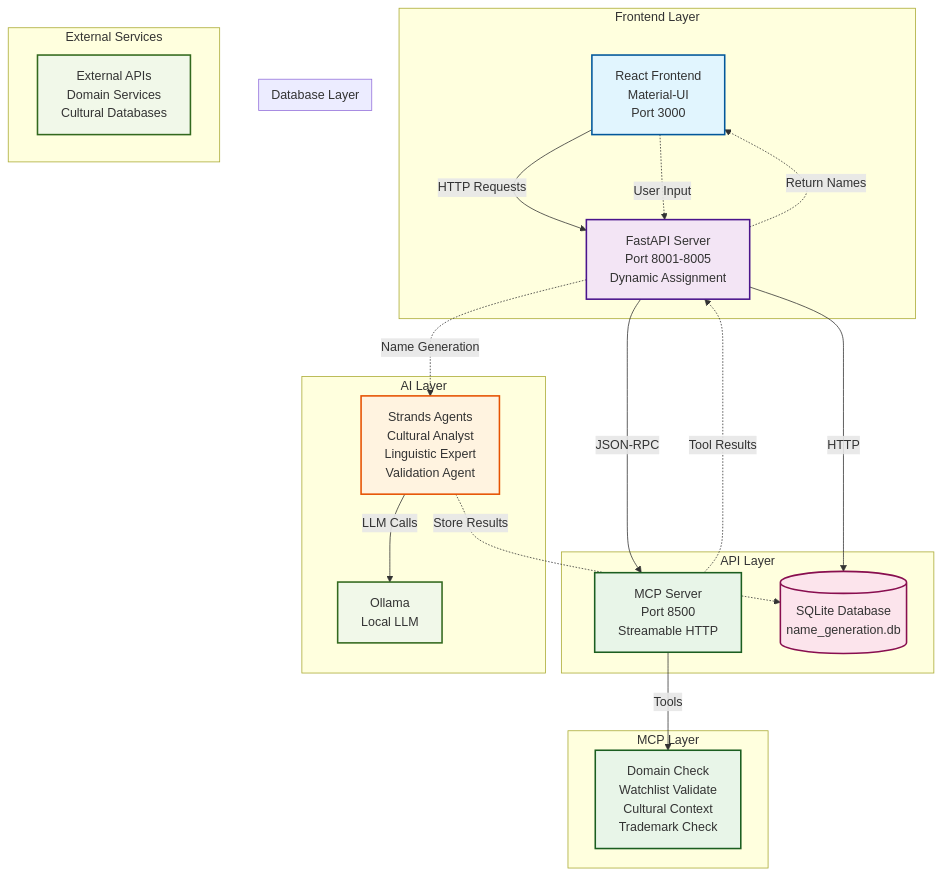
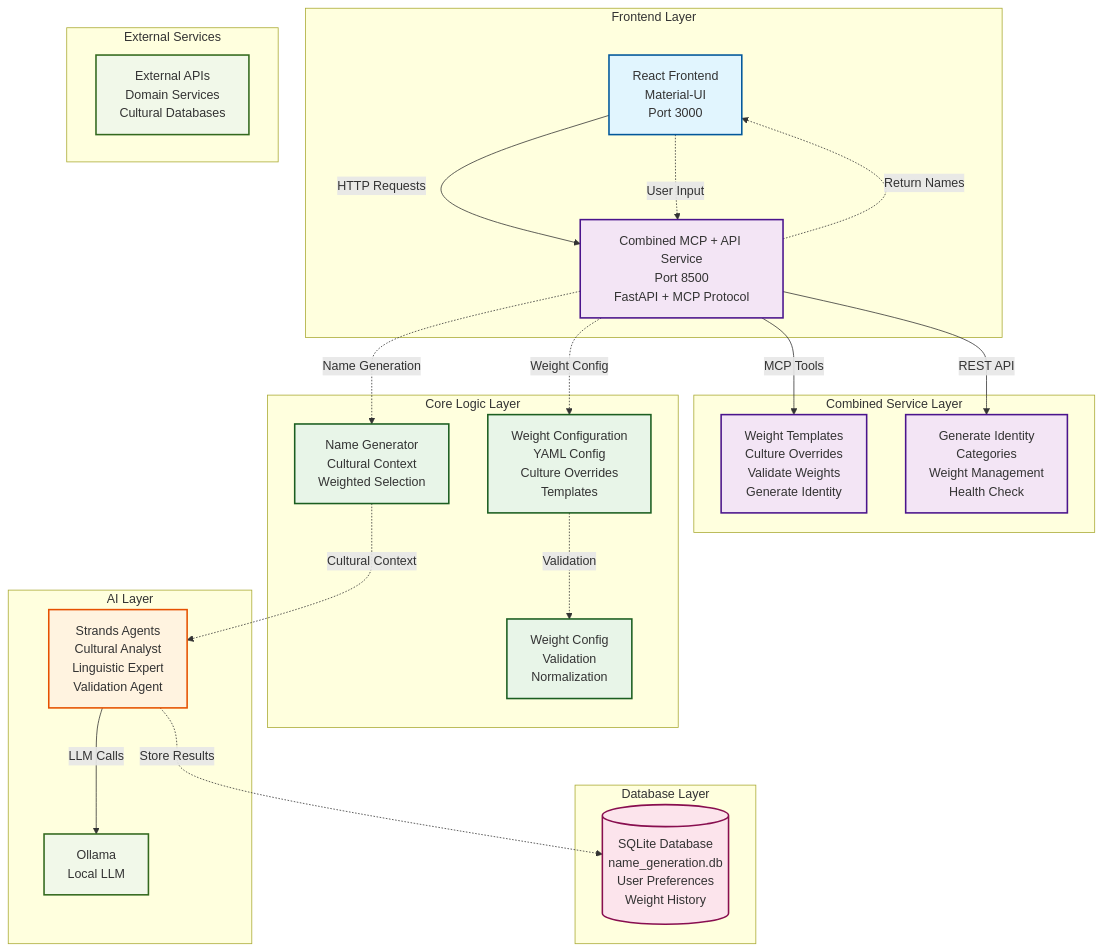
One commit to goagiq/NAME changed the first of 2 diagrams in README.md. Above: the diagram before and after it, drawn with Mermaid. The commit also changed other lines of this file and 83 other files, not shown here.

````diff
--- a/README.md
+++ b/README.md
@@ -7,60 +7,63 @@
 ```mermaid
 graph TB
     %% Frontend Layer
     subgraph "Frontend Layer"
         UI[React Frontend<br/>Material-UI<br/>Port 3000]
-        UI -->|HTTP Requests| API
+        UI -->|HTTP Requests| COMBINED
     end
     
-    %% API Layer
-    subgraph "API Layer"
-        API[FastAPI Server<br/>Port 8001-8005<br/>Dynamic Assignment]
-        API -->|JSON-RPC| MCP
-        API -->|HTTP| DB
+    %% Combined Service Layer
+    subgraph "Combined Service Layer"
+        COMBINED[Combined MCP + API Service<br/>Port 8500<br/>FastAPI + MCP Protocol]
+        COMBINED -->|MCP Tools| MCP_TOOLS[Weight Templates<br/>Culture Overrides<br/>Validate Weights<br/>Generate Identity]
+        COMBINED -->|REST API| API_ENDPOINTS[Generate Identity<br/>Categories<br/>Weight Management<br/>Health Check]
     end
     
-    %% MCP Layer
-    subgraph "MCP Layer"
-        MCP[MCP Server<br/>Port 8500<br/>Streamable HTTP]
-        MCP -->|Tools| TOOLS[Domain Check<br/>Watchlist Validate<br/>Cultural Context<br/>Trademark Check]
+    %% Core Logic Layer
+    subgraph "Core Logic Layer"
+        WG[Weight Configuration<br/>YAML Config<br/>Culture Overrides<br/>Templates]
+        NG[Name Generator<br/>Cultural Context<br/>Weighted Selection]
+        WC[Weight Config<br/>Validation<br/>Normalization]
     end
     
     %% AI Layer
     subgraph "AI Layer"
         SA[Strands Agents<br/>Cultural Analyst<br/>Linguistic Expert<br/>Validation Agent]
         SA -->|LLM Calls| OLLAMA[Ollama<br/>Local LLM]
     end
     
     %% Database Layer
     subgraph "Database Layer"
-        DB[(SQLite Database<br/>name_generation.db)]
+        DB[(SQLite Database<br/>name_generation.db<br/>User Preferences<br/>Weight History)]
     end
     
     %% External Services
     subgraph "External Services"
         OLLAMA
         EXTERNAL[External APIs<br/>Domain Services<br/>Cultural Databases]
     end
     
     %% Data Flow
-    UI -.->|User Input| API
-    API -.->|Name Generation| SA
+    UI -.->|User Input| COMBINED
+    COMBINED -.->|Weight Config| WG
+    COMBINED -.->|Name Generation| NG
+    NG -.->|Cultural Context| SA
     SA -.->|Store Results| DB
-    API -.->|Return Names| UI
-    MCP -.->|Tool Results| API
+    COMBINED -.->|Return Names| UI
+    WG -.->|Validation| WC
     
     %% Styling
     classDef frontend fill:#e1f5fe,stroke:#01579b,stroke-width:2px
-    classDef api fill:#f3e5f5,stroke:#4a148c,stroke-width:2px
-    classDef mcp fill:#e8f5e8,stroke:#1b5e20,stroke-width:2px
+    classDef combined fill:#f3e5f5,stroke:#4a148c,stroke-width:2px
+    classDef core fill:#e8f5e8,stroke:#1b5e20,stroke-width:2px
     classDef ai fill:#fff3e0,stroke:#e65100,stroke-width:2px
     classDef database fill:#fce4ec,stroke:#880e4f,stroke-width:2px
     classDef external fill:#f1f8e9,stroke:#33691e,stroke-width:2px
     
     class UI frontend
-    class API api
-    class MCP,TOOLS mcp
+    class COMBINED,MCP_TOOLS,API_ENDPOINTS combined
+    class WG,NG,WC core
     class SA ai
     class DB database
     class OLLAMA,EXTERNAL external
 ```
````
